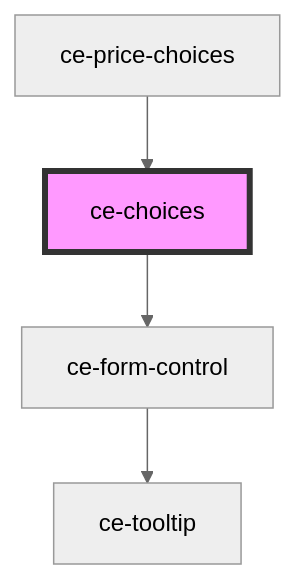
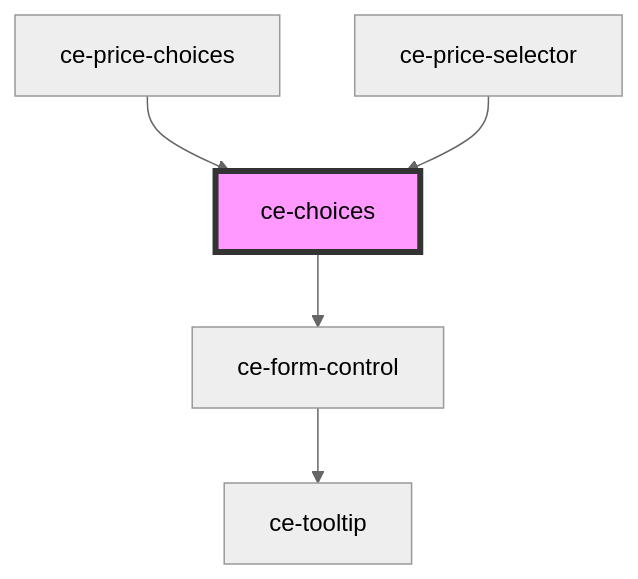
The diagram in packages/components/src/components/ui/choices/readme.md (surecart/surecart-wp-plugin), drawn with Mermaid (neutral theme) before and after one commit. The commit also changed other lines of this file and 73 other files, not shown here.

````diff
--- a/packages/components/src/components/ui/choices/readme.md
+++ b/packages/components/src/components/ui/choices/readme.md
@@ -41,7 +42,8 @@
 ```mermaid
 graph TD;
   ce-choices --> ce-form-control
   ce-form-control --> ce-tooltip
   ce-price-choices --> ce-choices
+  ce-price-selector --> ce-choices
   style ce-choices fill:#f9f,stroke:#333,stroke-width:4px
 ```
````
